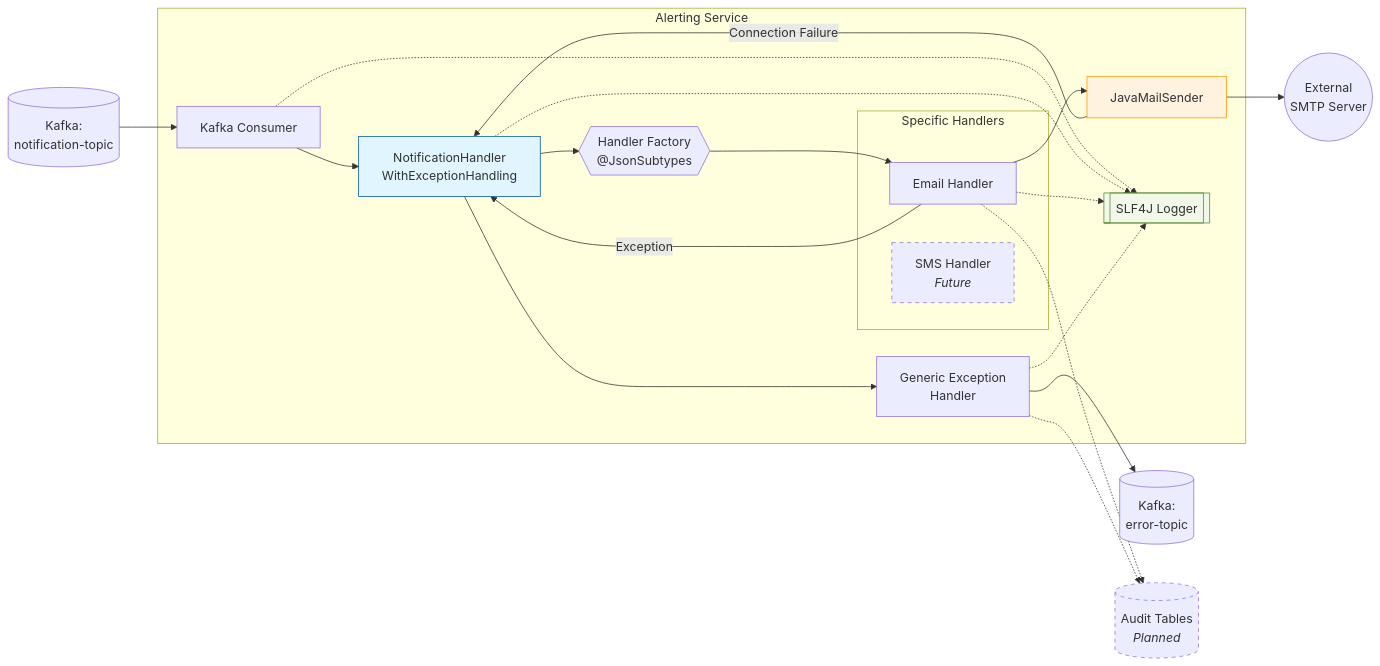
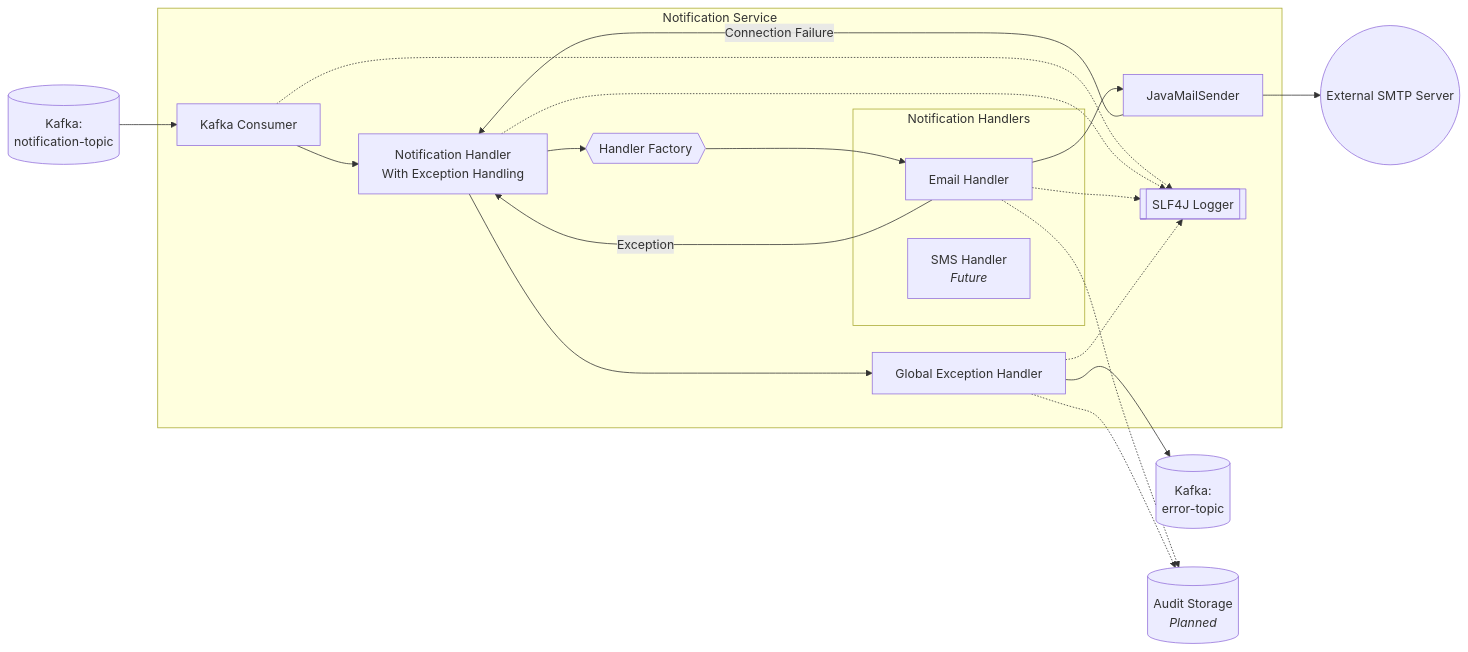
Before and after one commit to Manasa-CS/Notification-Service: the diagram in README.md, drawn with Mermaid. The commit also changed other lines of this file, not shown here.

First line of the commit message:
Revise README for Notification Service details

````diff
--- a/README.md
+++ b/README.md
@@ -23,60 +26,45 @@
 ```mermaid
 graph LR
-    %% Define Nodes
     Source[(Kafka:<br/>notification-topic)]
-    
-    subgraph Spring_Boot_App [Alerting Service]
+
+    subgraph Spring_Boot_App [Notification Service]
         Consumer[Kafka Consumer]
-        Wrapper[NotificationHandler<br/>WithExceptionHandling]
-        Factory{{"Handler Factory<br/>@JsonSubtypes"}}
-        
-        subgraph Logic [Specific Handlers]
+        Wrapper[Notification Handler<br/>With Exception Handling]
+        Factory{{Handler Factory}}
+
+        subgraph Logic [Notification Handlers]
             Email[Email Handler]
             SMS[SMS Handler <br/><i>Future</i>]
         end
 
         JMail[JavaMailSender]
-        GlobalEH[Generic Exception<br/>Handler]
+        GlobalEH[Global Exception Handler]
         Log[[SLF4J Logger]]
     end
 
-    SMTPServer((External<br/>SMTP Server))
+    SMTPServer((External SMTP Server))
     ErrorTopic[(Kafka:<br/>error-topic)]
-    DB[(Audit Tables<br/><i>Planned</i>)]
+    DB[(Audit Storage<br/><i>Planned</i>)]
 
-    %% Execution Flow
     Source --> Consumer
     Consumer --> Wrapper
     Wrapper --> Factory
     Factory --> Email
-    
-    %% Email Specific Flow
+
     Email --> JMail
     JMail --> SMTPServer
-    
-    %% Logging Connections
+
     Consumer -.-> Log
     Wrapper -.-> Log
     Email -.-> Log
     GlobalEH -.-> Log
-    
-    %% Exception Catch-and-Return
+
     Email -- "Exception" --> Wrapper
     JMail -- "Connection Failure" --> Wrapper
-    
-    %% Error Routing
+
     Wrapper --> GlobalEH
     GlobalEH --> ErrorTopic
 
-    %% Persistence
     Email -.-> DB
     GlobalEH -.-> DB
-
-    %% Styling
-    style Wrapper fill:#e1f5fe,stroke:#01579b
-    style Log fill:#f1f8e9,stroke:#558b2f
-    style JMail fill:#fff3e0,stroke:#ff9800
-    style DB stroke-dasharray: 5 5
-    style SMS stroke-dasharray: 5 5
-
 ```
````
